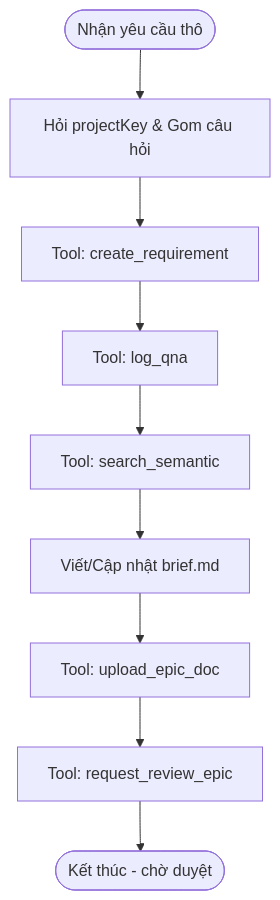
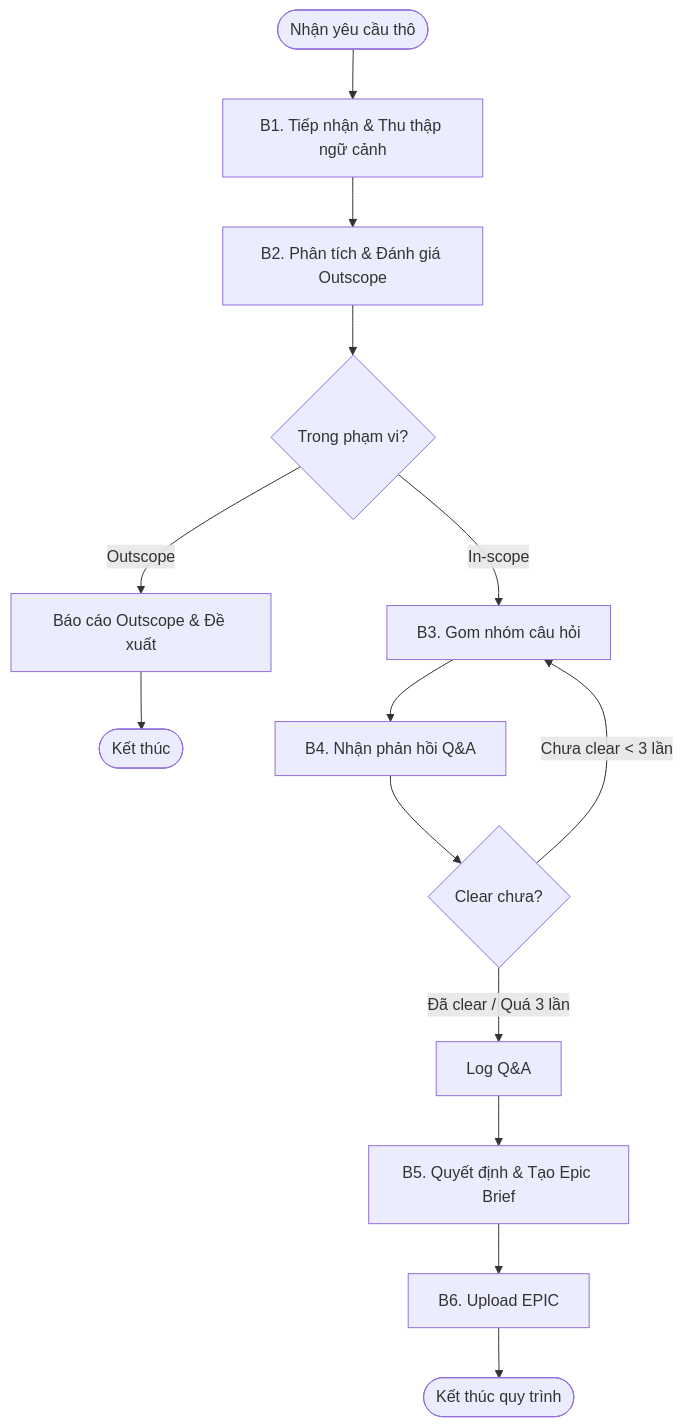
One commit to phongdh04/docs-for-codex-hackerthon- changed the diagram in lina-senior-ba/.agents/workflows/epic-creation.md. Above: the diagram before and after it, drawn with Mermaid. The commit also changed other lines of this file and 22 other files, not shown here.

````diff
--- a/lina-senior-ba/.agents/workflows/epic-creation.md
+++ b/lina-senior-ba/.agents/workflows/epic-creation.md
@@ -12,11 +12,16 @@
 ```mermaid
 flowchart TD
-  Start([Nhận yêu cầu thô]) --> QA[Hỏi projectKey & Gom câu hỏi]
-  QA --> CreateReq[Tool: create_requirement]
-  CreateReq --> LogQA[Tool: log_qna]
-  LogQA --> Search[Tool: search_semantic]
-  Search --> WriteBrief[Viết/Cập nhật brief.md]
-  WriteBrief --> UploadEpic[Tool: upload_epic_doc]
-  UploadEpic --> RequestReview[Tool: request_review_epic]
-  RequestReview --> End([Kết thúc - chờ duyệt])
+  Start([Nhận yêu cầu thô]) --> B1[B1. Tiếp nhận & Thu thập ngữ cảnh]
+  B1 --> B2[B2. Phân tích & Đánh giá Outscope]
+  B2 --> CheckScope{Trong phạm vi?}
+  CheckScope -->|Outscope| ReportOutscope[Báo cáo Outscope & Đề xuất]
+  ReportOutscope --> EndOutscope([Kết thúc])
+  CheckScope -->|In-scope| B3[B3. Gom nhóm câu hỏi]
+  B3 --> B4[B4. Nhận phản hồi Q&A]
+  B4 --> CheckClear{Clear chưa?}
+  CheckClear -->|Chưa clear < 3 lần| B3
+  CheckClear -->|Đã clear / Quá 3 lần| LogQA[Log Q&A]
+  LogQA --> B5[B5. Quyết định & Tạo Epic Brief]
+  B5 --> B6[B6. Upload EPIC]
+  B6 --> End([Kết thúc quy trình])
 ```
````
